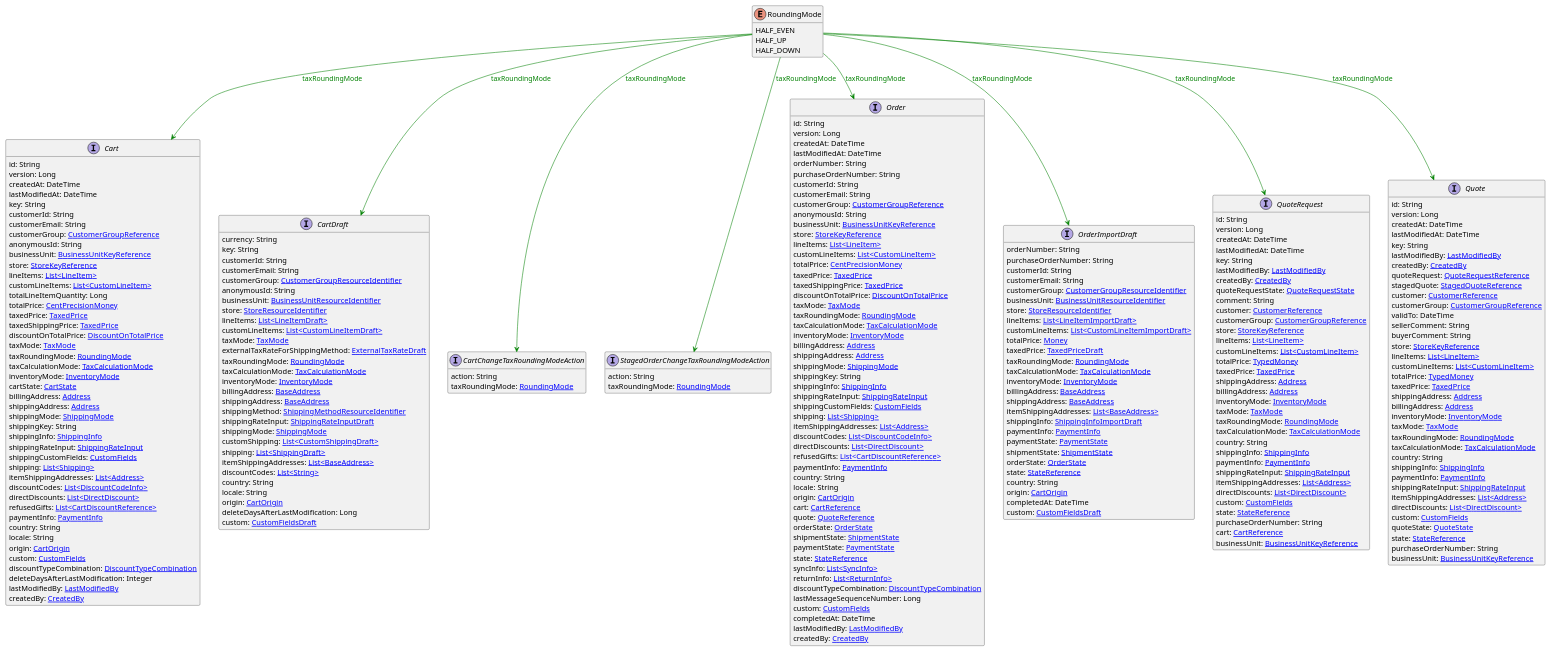
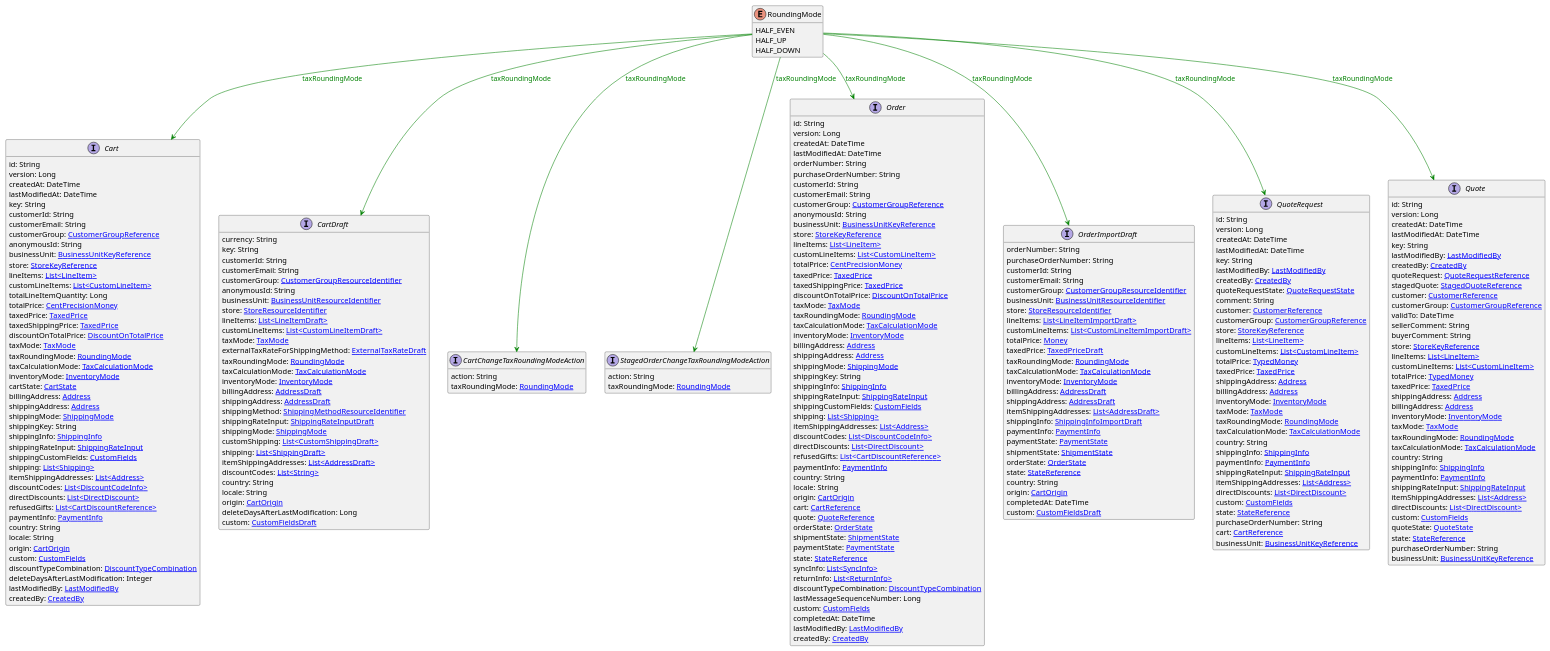
Before and after one commit to commercetools/commercetools-api-reference: the diagram in uml/api/RoundingMode.puml, drawn with PlantUML. The commit also changed 204 other files, not shown here.

```diff
--- a/uml/api/RoundingMode.puml
+++ b/uml/api/RoundingMode.puml
@@ -68,14 +68,14 @@
     taxRoundingMode: [[RoundingMode.svg RoundingMode]]
     taxCalculationMode: [[TaxCalculationMode.svg TaxCalculationMode]]
     inventoryMode: [[InventoryMode.svg InventoryMode]]
-    billingAddress: [[BaseAddress.svg BaseAddress]]
-    shippingAddress: [[BaseAddress.svg BaseAddress]]
+    billingAddress: [[AddressDraft.svg AddressDraft]]
+    shippingAddress: [[AddressDraft.svg AddressDraft]]
     shippingMethod: [[ShippingMethodResourceIdentifier.svg ShippingMethodResourceIdentifier]]
     shippingRateInput: [[ShippingRateInputDraft.svg ShippingRateInputDraft]]
     shippingMode: [[ShippingMode.svg ShippingMode]]
     customShipping: [[CustomShippingDraft.svg List<CustomShippingDraft>]]
     shipping: [[ShippingDraft.svg List<ShippingDraft>]]
-    itemShippingAddresses: [[BaseAddress.svg List<BaseAddress>]]
+    itemShippingAddresses: [[AddressDraft.svg List<AddressDraft>]]
     discountCodes: [[String.svg List<String>]]
     country: String
     locale: String
@@ -160,9 +160,9 @@
     taxRoundingMode: [[RoundingMode.svg RoundingMode]]
     taxCalculationMode: [[TaxCalculationMode.svg TaxCalculationMode]]
     inventoryMode: [[InventoryMode.svg InventoryMode]]
-    billingAddress: [[BaseAddress.svg BaseAddress]]
-    shippingAddress: [[BaseAddress.svg BaseAddress]]
-    itemShippingAddresses: [[BaseAddress.svg List<BaseAddress>]]
+    billingAddress: [[AddressDraft.svg AddressDraft]]
+    shippingAddress: [[AddressDraft.svg AddressDraft]]
+    itemShippingAddresses: [[AddressDraft.svg List<AddressDraft>]]
     shippingInfo: [[ShippingInfoImportDraft.svg ShippingInfoImportDraft]]
     paymentInfo: [[PaymentInfo.svg PaymentInfo]]
     paymentState: [[PaymentState.svg PaymentState]]
```
